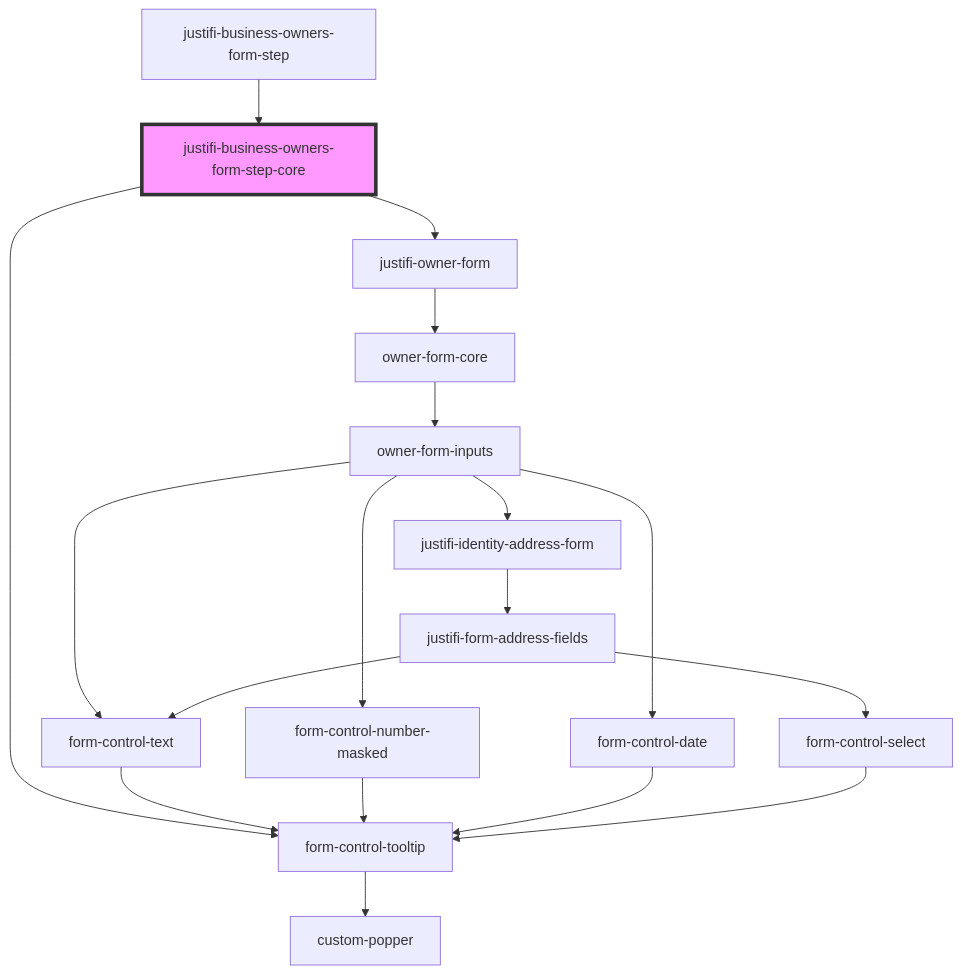
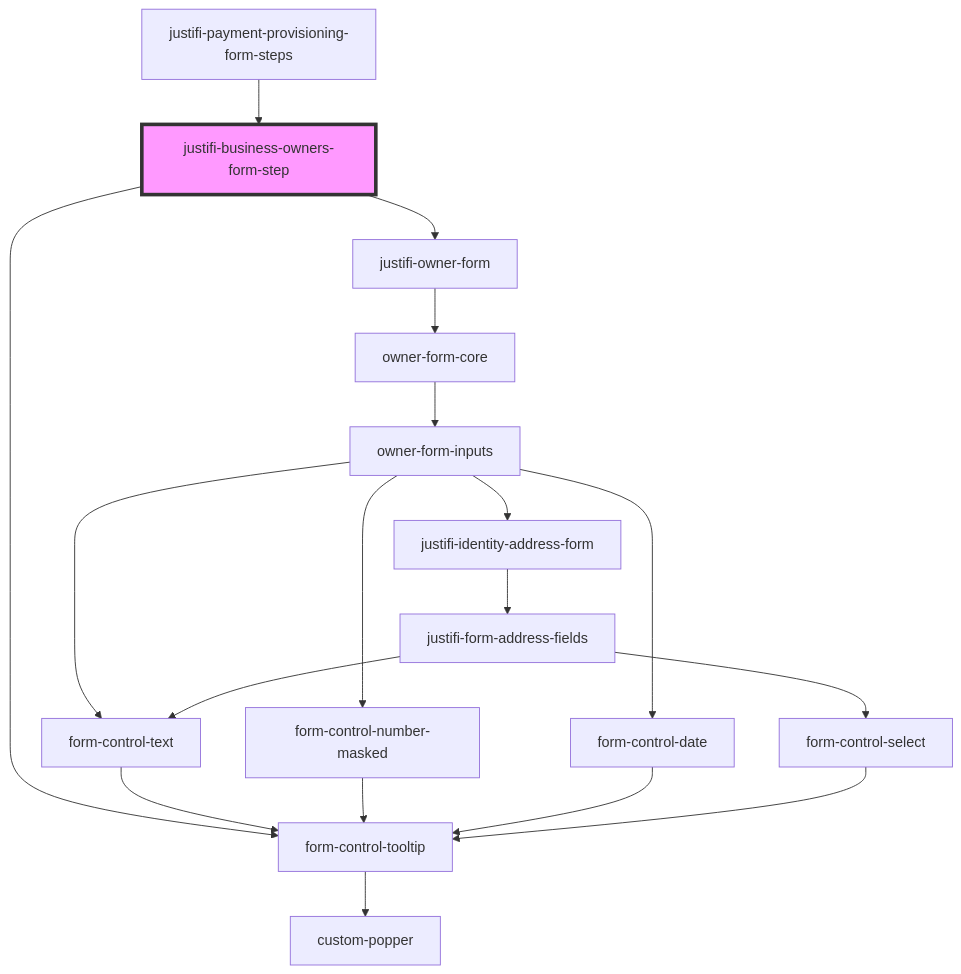
One commit to justifi-tech/web-component-library changed the diagram in packages/webcomponents/src/components/business-forms/payment-provisioning/business-owners/readme.md. Above: the diagram before and after it, drawn with Mermaid. The commit also changed other lines of this file and 26 other files, not shown here.

````diff
--- a/packages/webcomponents/src/components/business-forms/payment-provisioning/business-owners/readme.md
+++ b/packages/webcomponents/src/components/business-forms/payment-provisioning/business-owners/readme.md
@@ -61,21 +59,21 @@
 ```mermaid
 graph TD;
-  justifi-business-owners-form-step-core --> form-control-tooltip
-  justifi-business-owners-form-step-core --> justifi-owner-form
+  justifi-business-owners-form-step --> form-control-tooltip
+  justifi-business-owners-form-step --> justifi-owner-form
   form-control-tooltip --> custom-popper
   justifi-owner-form --> owner-form-core
   owner-form-core --> owner-form-inputs
   owner-form-inputs --> form-control-text
   owner-form-inputs --> form-control-number-masked
   owner-form-inputs --> form-control-date
   owner-form-inputs --> justifi-identity-address-form
   form-control-text --> form-control-tooltip
   form-control-number-masked --> form-control-tooltip
   form-control-date --> form-control-tooltip
   justifi-identity-address-form --> justifi-form-address-fields
   justifi-form-address-fields --> form-control-text
   justifi-form-address-fields --> form-control-select
   form-control-select --> form-control-tooltip
-  justifi-business-owners-form-step --> justifi-business-owners-form-step-core
-  style justifi-business-owners-form-step-core fill:#f9f,stroke:#333,stroke-width:4px
+  justifi-payment-provisioning-form-steps --> justifi-business-owners-form-step
+  style justifi-business-owners-form-step fill:#f9f,stroke:#333,stroke-width:4px
 ```
````
